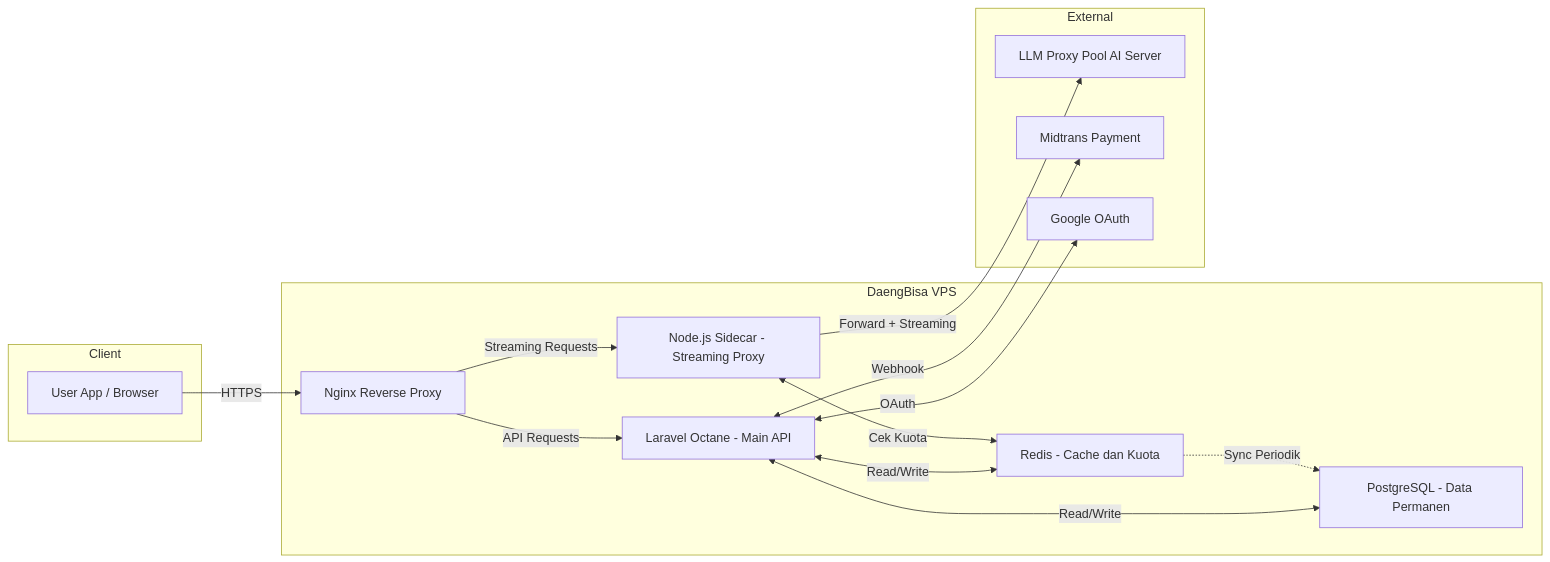
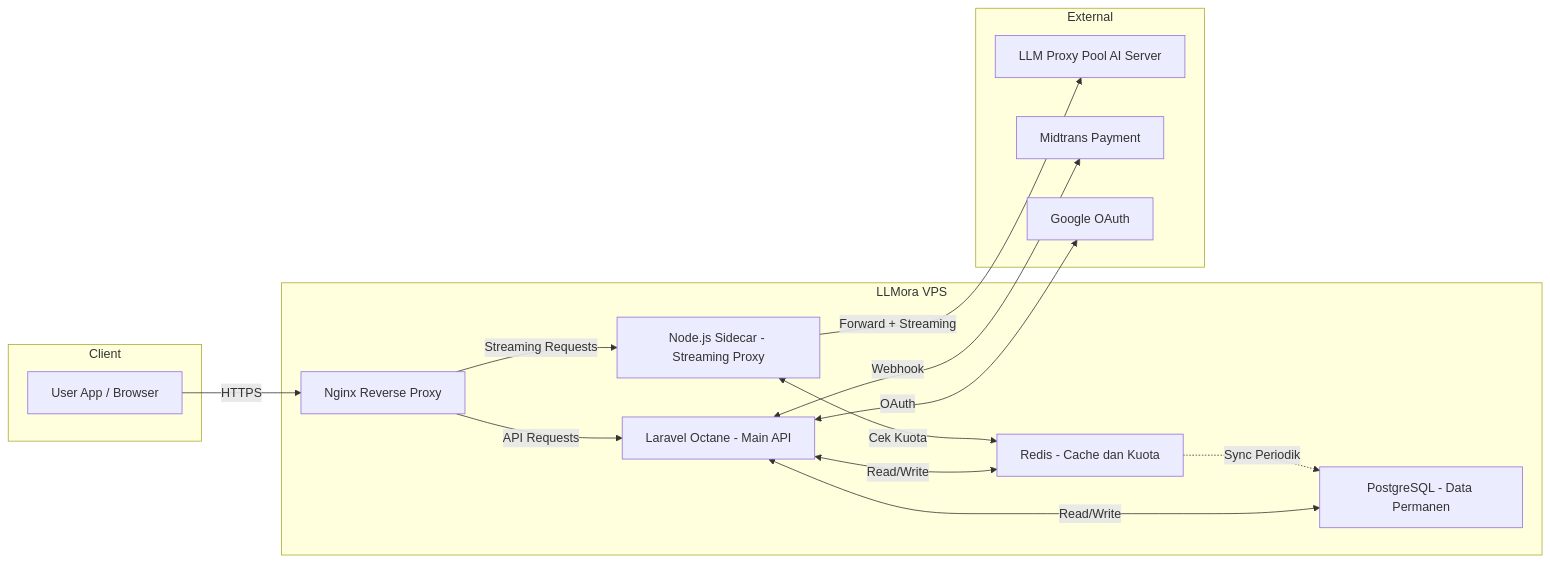
The second of 3 diagrams in plans/prd.md (radacore/llmore), drawn with Mermaid before and after one commit. The commit also changed other lines of this file and 38 other files, not shown here.

````diff
--- a/plans/prd.md
+++ b/plans/prd.md
@@ -178,31 +178,31 @@
 ```mermaid
 flowchart LR
     subgraph Client
         A[User App / Browser]
     end
 
-    subgraph DaengBisa VPS
+    subgraph LLMora VPS
         B[Nginx Reverse Proxy]
         C[Laravel Octane - Main API]
         D[Node.js Sidecar - Streaming Proxy]
         E[Redis - Cache dan Kuota]
         F[PostgreSQL - Data Permanen]
     end
 
     subgraph External
         G[LLM Proxy Pool AI Server]
         H[Midtrans Payment]
         I[Google OAuth]
     end
 
     A -->|HTTPS| B
     B -->|API Requests| C
     B -->|Streaming Requests| D
     C <-->|Read/Write| E
     C <-->|Read/Write| F
     D <-->|Cek Kuota| E
     D -->|Forward + Streaming| G
     C <-->|Webhook| H
     C <-->|OAuth| I
     E -.->|Sync Periodik| F
 ```
````
